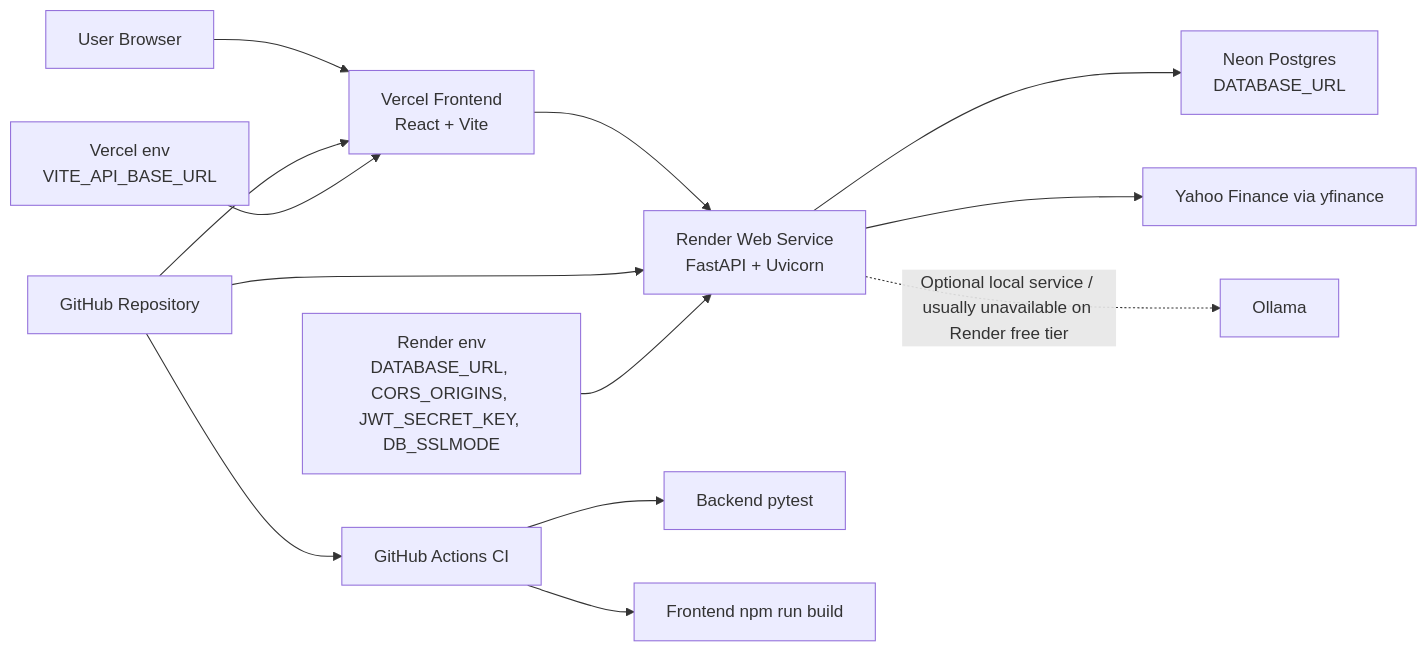
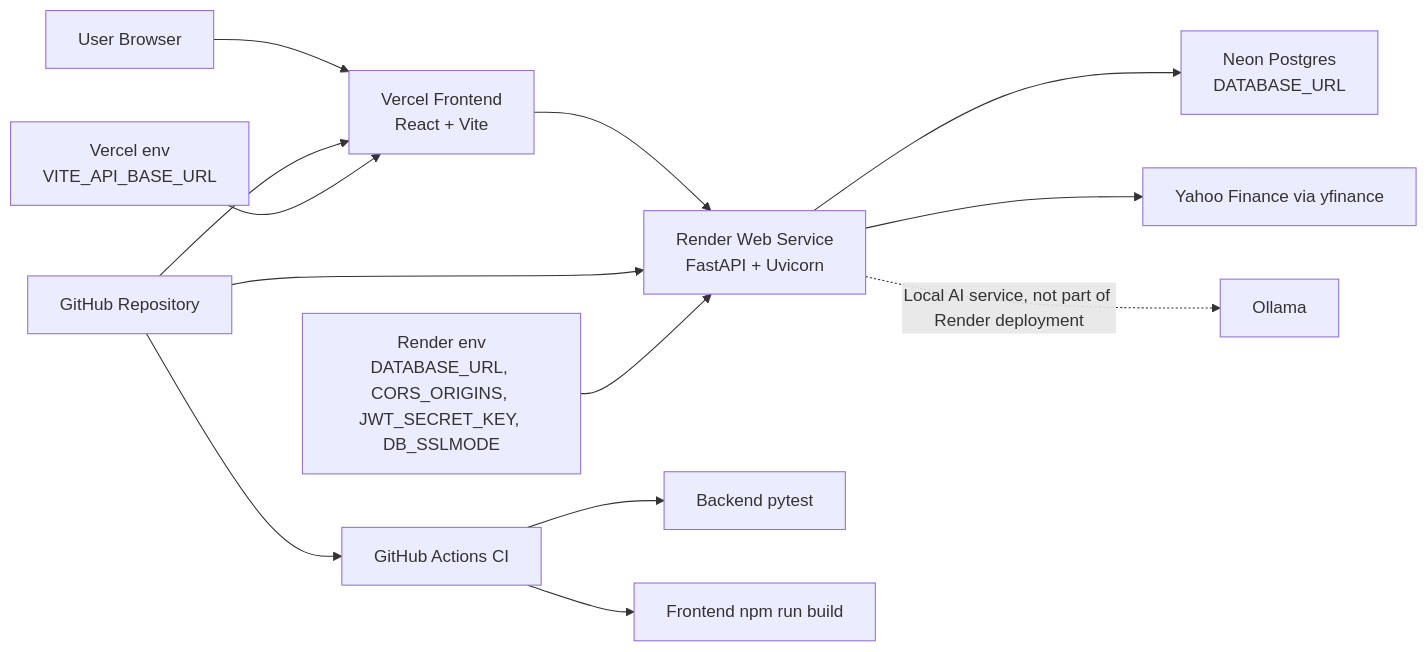
The eighth of 9 diagrams in docs/ARCHITECTURE.md (itzjiawei/investment-risk-platform), drawn with Mermaid before and after one commit. The commit also changed other lines of this file and 11 other files, not shown here.

````diff
--- a/docs/ARCHITECTURE.md
+++ b/docs/ARCHITECTURE.md
@@ -247,19 +251,19 @@
 ```mermaid
 flowchart LR
     Browser["User Browser"] --> Vercel["Vercel Frontend\nReact + Vite"]
     Vercel --> Render["Render Web Service\nFastAPI + Uvicorn"]
     Render --> Neon["Neon Postgres\nDATABASE_URL"]
 
     Render --> Yahoo["Yahoo Finance via yfinance"]
-    Render -. "Optional local service / usually unavailable on Render free tier" .-> Ollama["Ollama"]
+    Render -. "Local AI service, not part of Render deployment" .-> Ollama["Ollama"]
 
     GitHub["GitHub Repository"] --> Actions["GitHub Actions CI"]
     Actions --> BackendTests["Backend pytest"]
     Actions --> FrontendBuild["Frontend npm run build"]
 
     GitHub --> Vercel
     GitHub --> Render
 
     VercelEnv["Vercel env\nVITE_API_BASE_URL"] --> Vercel
     RenderEnv["Render env\nDATABASE_URL, CORS_ORIGINS, JWT_SECRET_KEY, DB_SSLMODE"] --> Render
 ```
````
